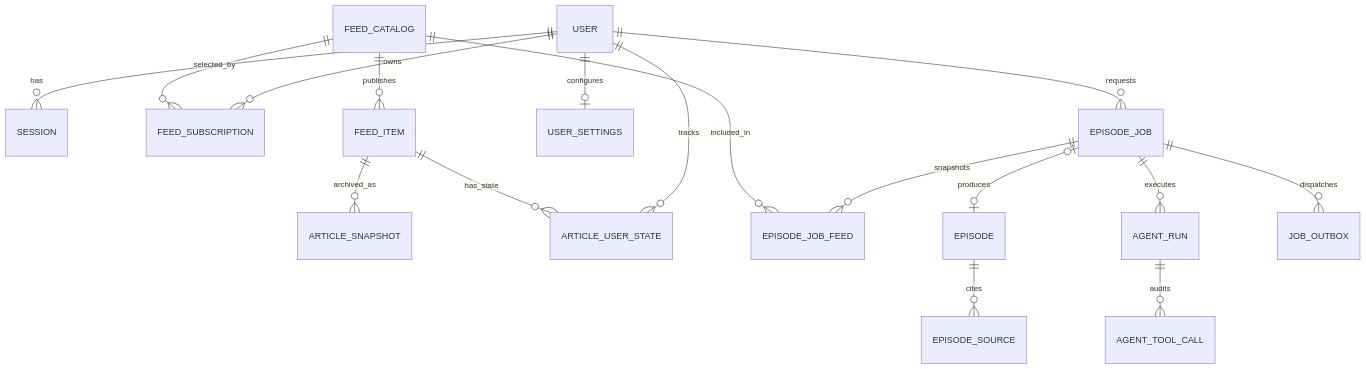
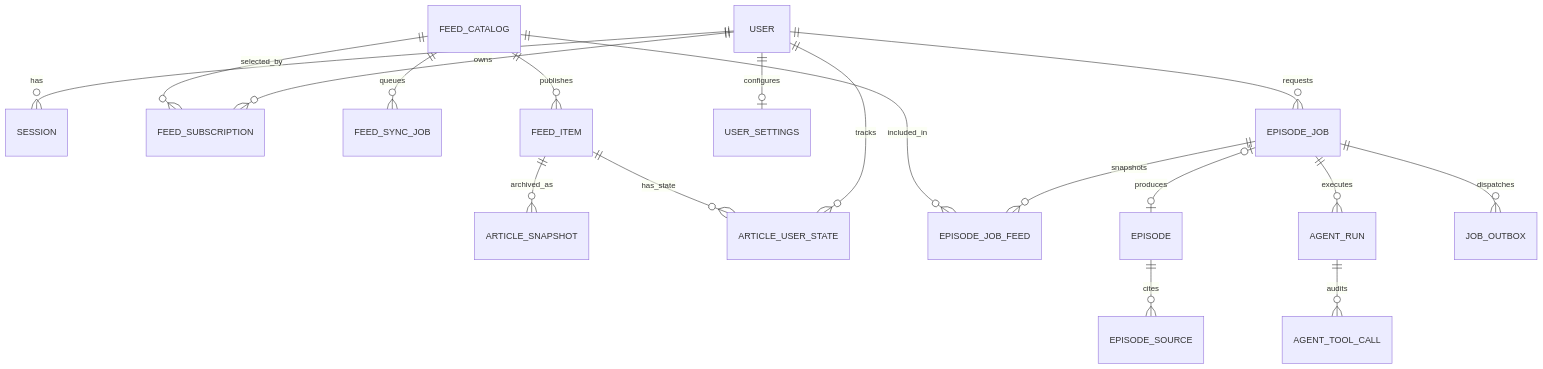
Before and after one commit to r4ai/news-podcast: the eighth of 8 diagrams in docs/architecture.md, drawn with Mermaid. The commit also changed other lines of this file and 2 other files, not shown here.

Commit message:
docs: document durable RSS sync queue

````diff
--- a/docs/architecture.md
+++ b/docs/architecture.md
@@ -232,19 +232,20 @@
 ```mermaid
 erDiagram
   USER ||--o{ SESSION : has
   USER ||--o{ FEED_SUBSCRIPTION : owns
   FEED_CATALOG ||--o{ FEED_SUBSCRIPTION : selected_by
+  FEED_CATALOG ||--o{ FEED_SYNC_JOB : queues
   FEED_CATALOG ||--o{ FEED_ITEM : publishes
   FEED_ITEM ||--o{ ARTICLE_SNAPSHOT : archived_as
   USER ||--o{ ARTICLE_USER_STATE : tracks
   FEED_ITEM ||--o{ ARTICLE_USER_STATE : has_state
   USER ||--o| USER_SETTINGS : configures
   USER ||--o{ EPISODE_JOB : requests
   EPISODE_JOB ||--o{ EPISODE_JOB_FEED : snapshots
   FEED_CATALOG ||--o{ EPISODE_JOB_FEED : included_in
   EPISODE_JOB o|--o| EPISODE : produces
   EPISODE ||--o{ EPISODE_SOURCE : cites
   EPISODE_JOB ||--o{ AGENT_RUN : executes
   AGENT_RUN ||--o{ AGENT_TOOL_CALL : audits
   EPISODE_JOB ||--o{ JOB_OUTBOX : dispatches
 ```
````
